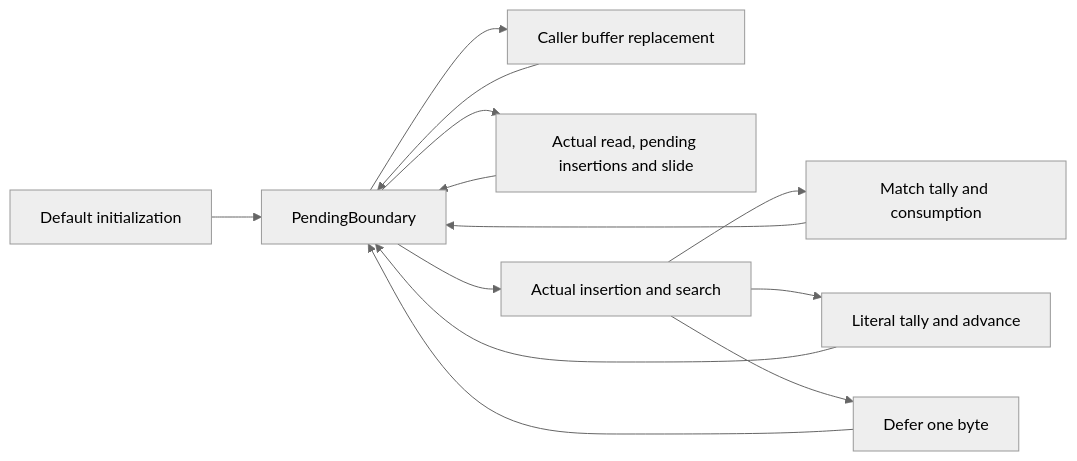
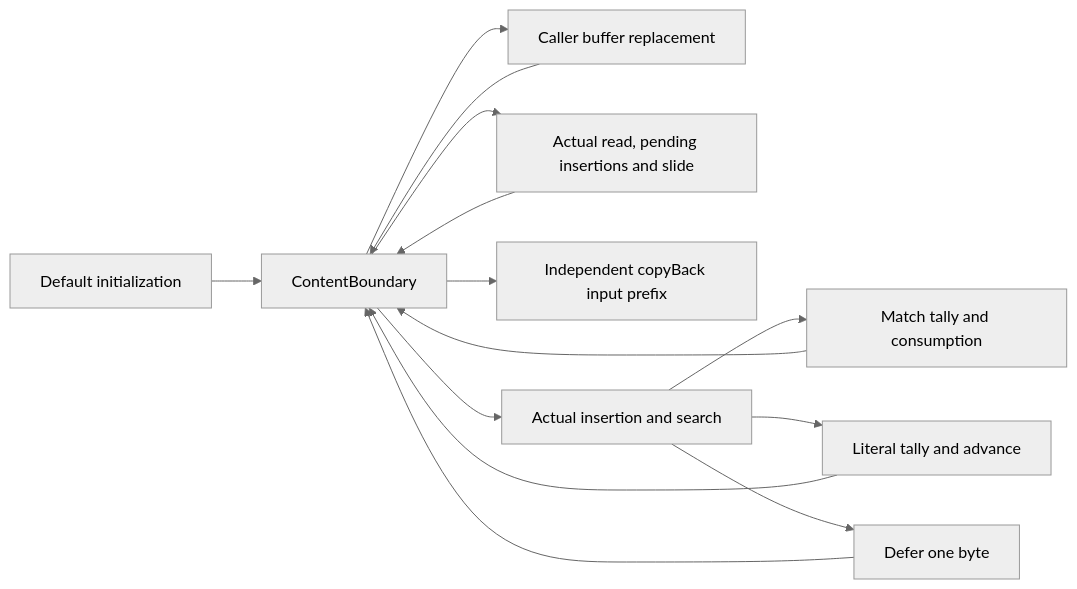
One commit to cla7aye15I4nd/zlib-f changed the third of 4 diagrams in docs/proof/deflate.md. Above: the diagram before and after it, drawn with Mermaid (neutral theme). The commit also changed other lines of this file and 5 other files, not shown here.

````diff
--- a/docs/proof/deflate.md
+++ b/docs/proof/deflate.md
@@ -292,15 +292,16 @@
 ```mermaid
 flowchart LR
-    Init[Default initialization] --> Boundary[PendingBoundary]
+    Init[Default initialization] --> Boundary[ContentBoundary]
     Boundary --> Rebuffer[Caller buffer replacement]
     Rebuffer --> Boundary
     Boundary --> Fill[Actual read, pending insertions and slide]
     Fill --> Boundary
+    Boundary --> Decoded[Independent copyBack input prefix]
     Boundary --> Search[Actual insertion and search]
     Search --> Match[Match tally and consumption]
     Search --> Literal[Literal tally and advance]
     Search --> Defer[Defer one byte]
     Match --> Boundary
     Literal --> Boundary
     Defer --> Boundary
 ```
````
